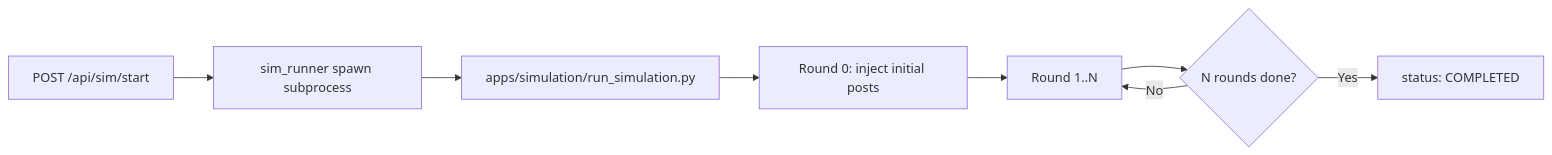
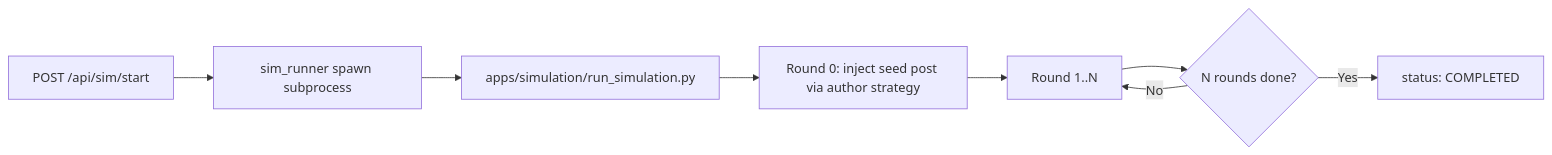
One commit to qchien643/EcoSim changed the first of 6 diagrams in docs/05_simulation_loop.md. Above: the diagram before and after it, drawn with Mermaid. The commit also changed other lines of this file and 176 other files, not shown here.

````diff
--- a/docs/05_simulation_loop.md
+++ b/docs/05_simulation_loop.md
@@ -7,10 +9,10 @@
 ```mermaid
 flowchart LR
     Start[POST /api/sim/start] --> Sp[sim_runner spawn subprocess]
     Sp --> R[apps/simulation/run_simulation.py]
-    R --> Init[Round 0: inject initial posts]
+    R --> Init[Round 0: inject seed post via author strategy]
     Init --> Loop[Round 1..N]
     Loop --> End{N rounds done?}
     End -->|No| Loop
     End -->|Yes| Done[status: COMPLETED]
 ```
````
